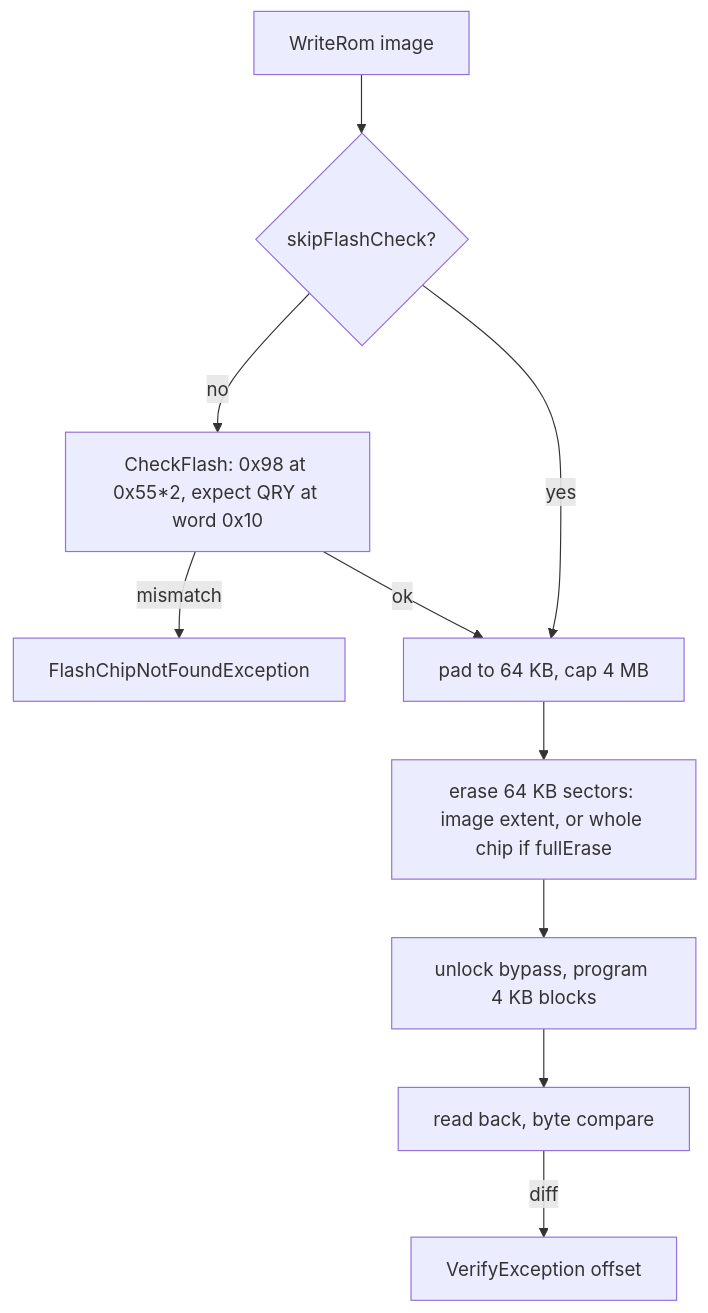
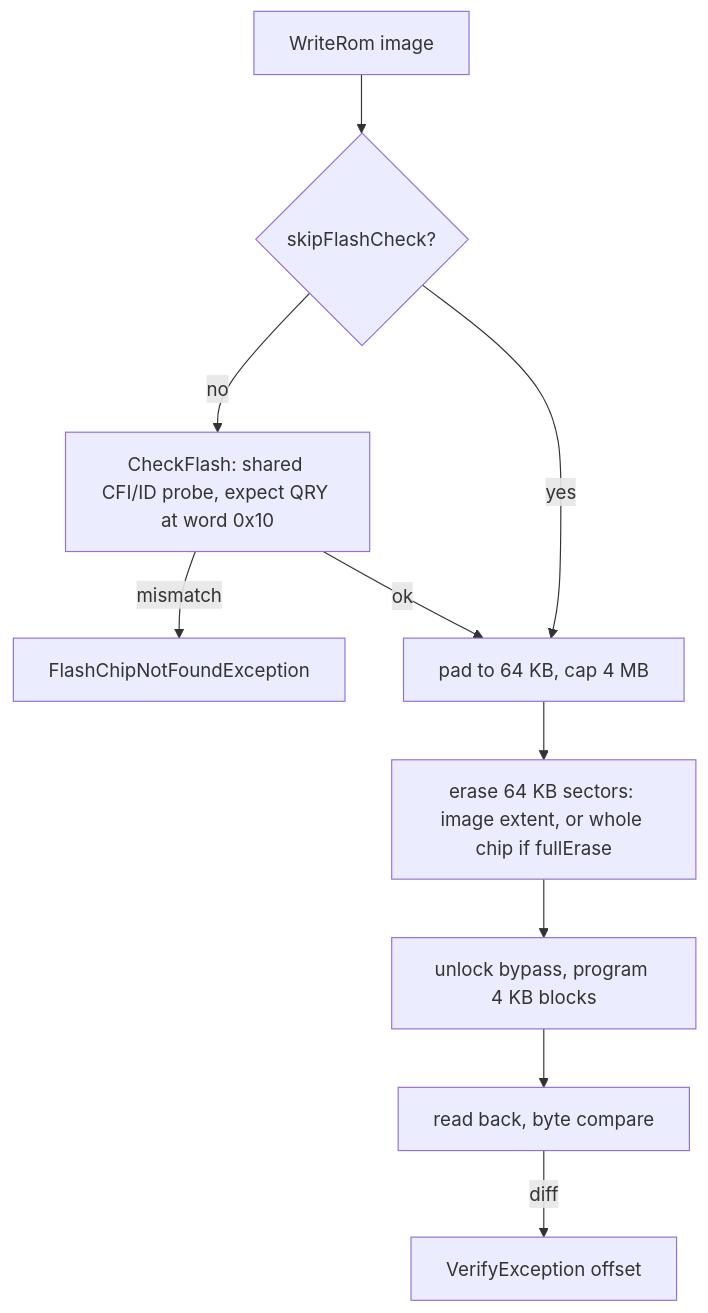
Before and after one commit to jfryman/flashkit-md-dotnet: the diagram in lode/cart/flash-and-save.md, drawn with Mermaid. The commit also changed other lines of this file and 18 other files, not shown here.

````diff
--- a/lode/cart/flash-and-save.md
+++ b/lode/cart/flash-and-save.md
@@ -6,10 +6,10 @@
 ```mermaid
 flowchart TD
   W[WriteRom image] --> C{skipFlashCheck?}
-  C -->|no| Q[CheckFlash: 0x98 at 0x55*2, expect QRY at word 0x10] -->|mismatch| FX[FlashChipNotFoundException]
+  C -->|no| Q[CheckFlash: shared CFI/ID probe, expect QRY at word 0x10] -->|mismatch| FX[FlashChipNotFoundException]
   C -->|yes| P
   Q -->|ok| P[pad to 64 KB, cap 4 MB]
   P --> E[erase 64 KB sectors: image extent, or whole chip if fullErase]
   E --> WR[unlock bypass, program 4 KB blocks]
   WR --> V[read back, byte compare] -->|diff| VX[VerifyException offset]
 ```
````
